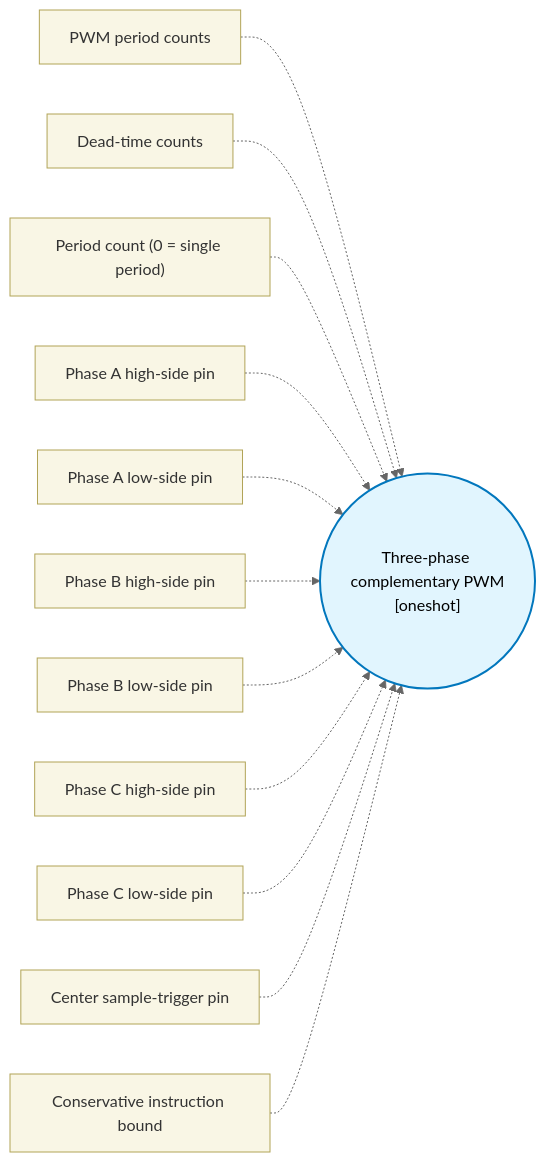
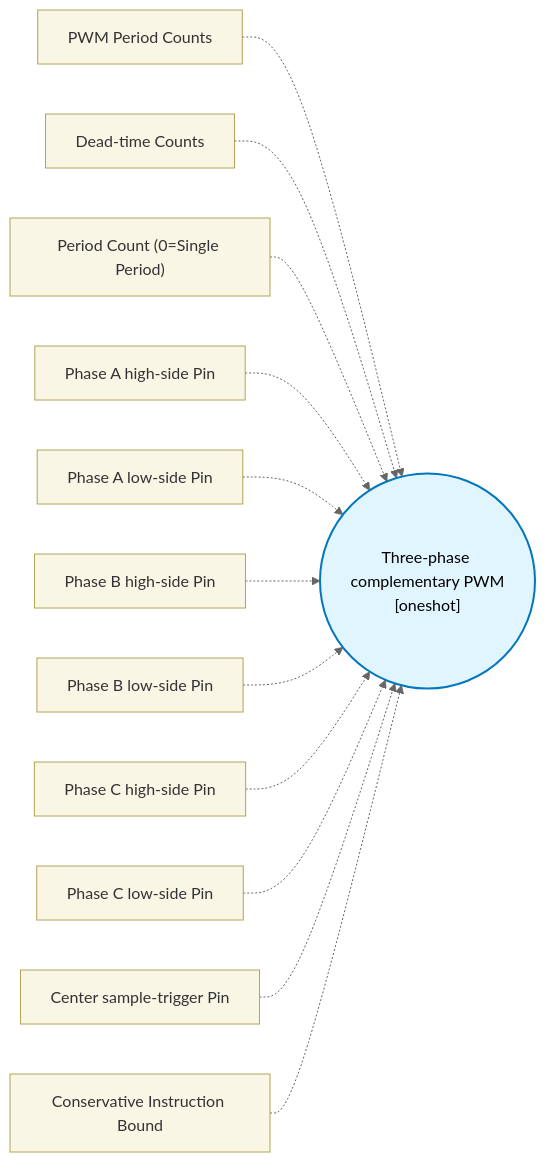
One commit to TexasInstruments/pru-no-code-tool changed the diagram in docs/block-reference/blocks/three_phase_pwm_block/design.md. Above: the diagram before and after it, drawn with Mermaid (neutral theme). The commit also changed other lines of this file and 89 other files, not shown here.

````diff
--- a/docs/block-reference/blocks/three_phase_pwm_block/design.md
+++ b/docs/block-reference/blocks/three_phase_pwm_block/design.md
@@ -13,17 +13,17 @@
 ```mermaid
 flowchart LR
   classDef config fill:#f9f6e5,stroke:#b1a457,stroke-width:1px,color:#333;
   classDef core fill:#e1f5fe,stroke:#0277bd,stroke-width:2px,color:#000;
   CORE(("Three-phase complementary PWM\n[oneshot]")):::core
-  CFG0["PWM period counts"]:::config -.-> CORE
-  CFG1["Dead-time counts"]:::config -.-> CORE
-  CFG2["Period count (0 = single period)"]:::config -.-> CORE
-  CFG3["Phase A high-side pin"]:::config -.-> CORE
-  CFG4["Phase A low-side pin"]:::config -.-> CORE
-  CFG5["Phase B high-side pin"]:::config -.-> CORE
-  CFG6["Phase B low-side pin"]:::config -.-> CORE
-  CFG7["Phase C high-side pin"]:::config -.-> CORE
-  CFG8["Phase C low-side pin"]:::config -.-> CORE
-  CFG9["Center sample-trigger pin"]:::config -.-> CORE
-  CFG10["Conservative instruction bound"]:::config -.-> CORE
+  CFG0["PWM Period Counts"]:::config -.-> CORE
+  CFG1["Dead-time Counts"]:::config -.-> CORE
+  CFG2["Period Count (0=Single Period)"]:::config -.-> CORE
+  CFG3["Phase A high-side Pin"]:::config -.-> CORE
+  CFG4["Phase A low-side Pin"]:::config -.-> CORE
+  CFG5["Phase B high-side Pin"]:::config -.-> CORE
+  CFG6["Phase B low-side Pin"]:::config -.-> CORE
+  CFG7["Phase C high-side Pin"]:::config -.-> CORE
+  CFG8["Phase C low-side Pin"]:::config -.-> CORE
+  CFG9["Center sample-trigger Pin"]:::config -.-> CORE
+  CFG10["Conservative Instruction Bound"]:::config -.-> CORE
 ```
````
